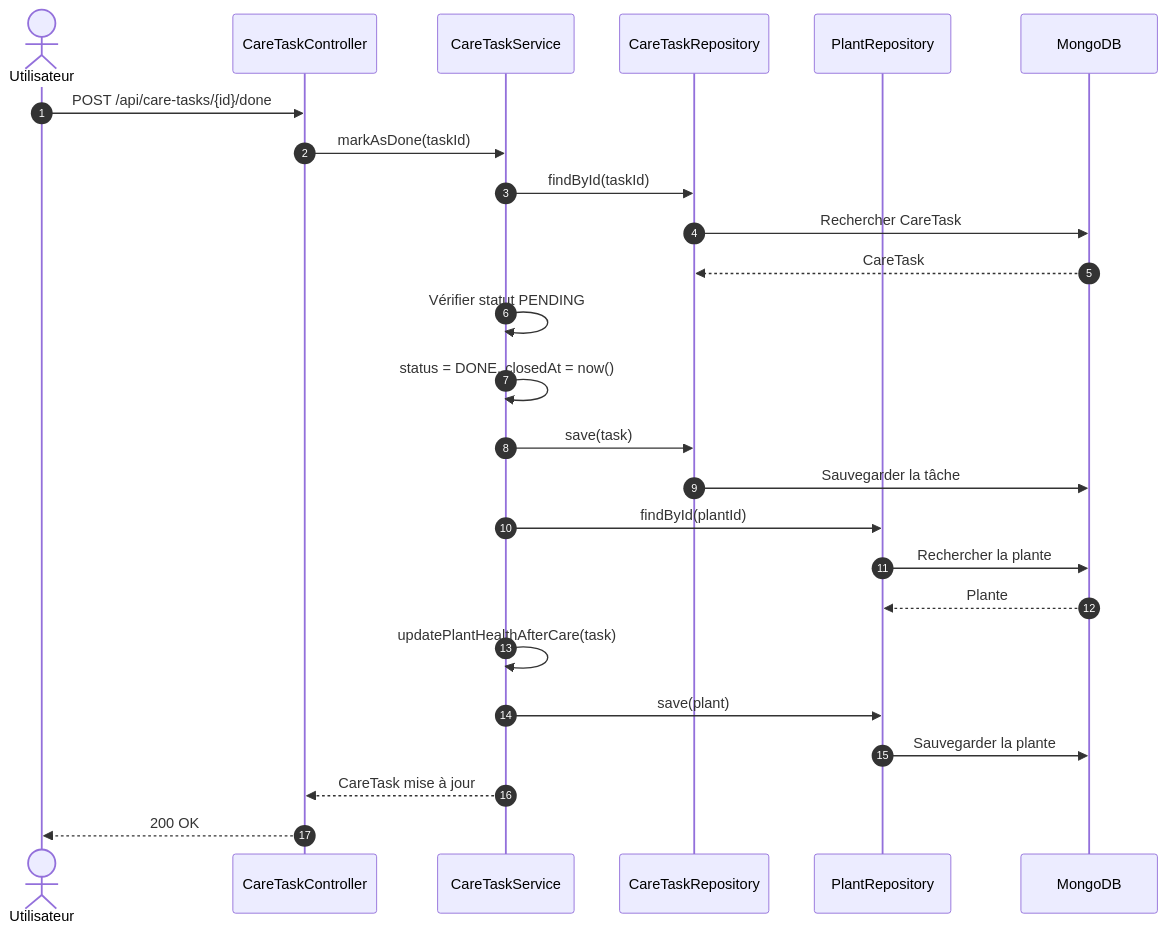
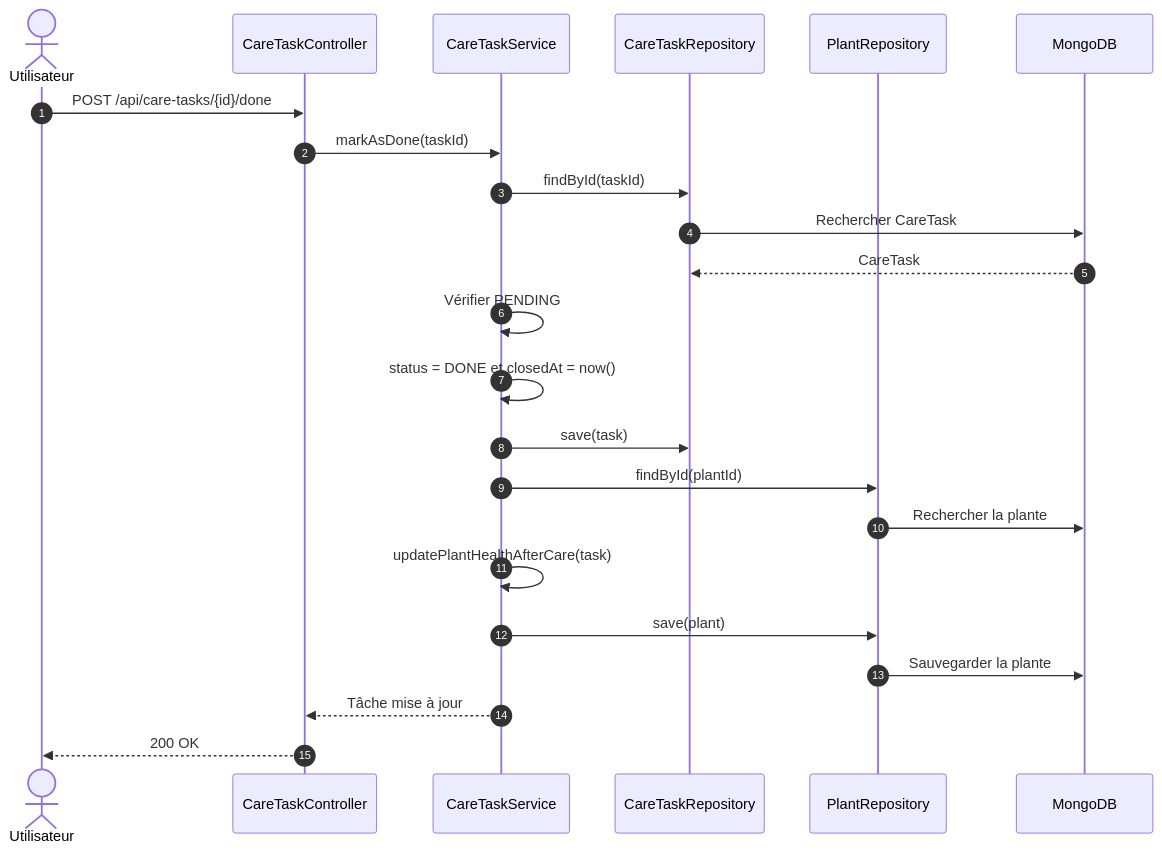
One commit to fasai444/GreenDesk changed the sixth of 8 diagrams in docs/reports/devops-2-github-actions-report.md. Above: the diagram before and after it, drawn with Mermaid. The commit also changed other lines of this file, not shown here.

````diff
--- a/docs/reports/devops-2-github-actions-report.md
+++ b/docs/reports/devops-2-github-actions-report.md
@@ -488,28 +519,26 @@
 ```mermaid
 sequenceDiagram
     autonumber
     actor U as Utilisateur
     participant C as CareTaskController
     participant S as CareTaskService
     participant CTR as CareTaskRepository
     participant PR as PlantRepository
     participant DB as MongoDB
 
     U->>C: POST /api/care-tasks/{id}/done
     C->>S: markAsDone(taskId)
     S->>CTR: findById(taskId)
     CTR->>DB: Rechercher CareTask
     DB-->>CTR: CareTask
-    S->>S: Vérifier statut PENDING
-    S->>S: status = DONE, closedAt = now()
+    S->>S: Vérifier PENDING
+    S->>S: status = DONE et closedAt = now()
     S->>CTR: save(task)
-    CTR->>DB: Sauvegarder la tâche
     S->>PR: findById(plantId)
     PR->>DB: Rechercher la plante
-    DB-->>PR: Plante
     S->>S: updatePlantHealthAfterCare(task)
     S->>PR: save(plant)
     PR->>DB: Sauvegarder la plante
-    S-->>C: CareTask mise à jour
+    S-->>C: Tâche mise à jour
     C-->>U: 200 OK
 ```
````
